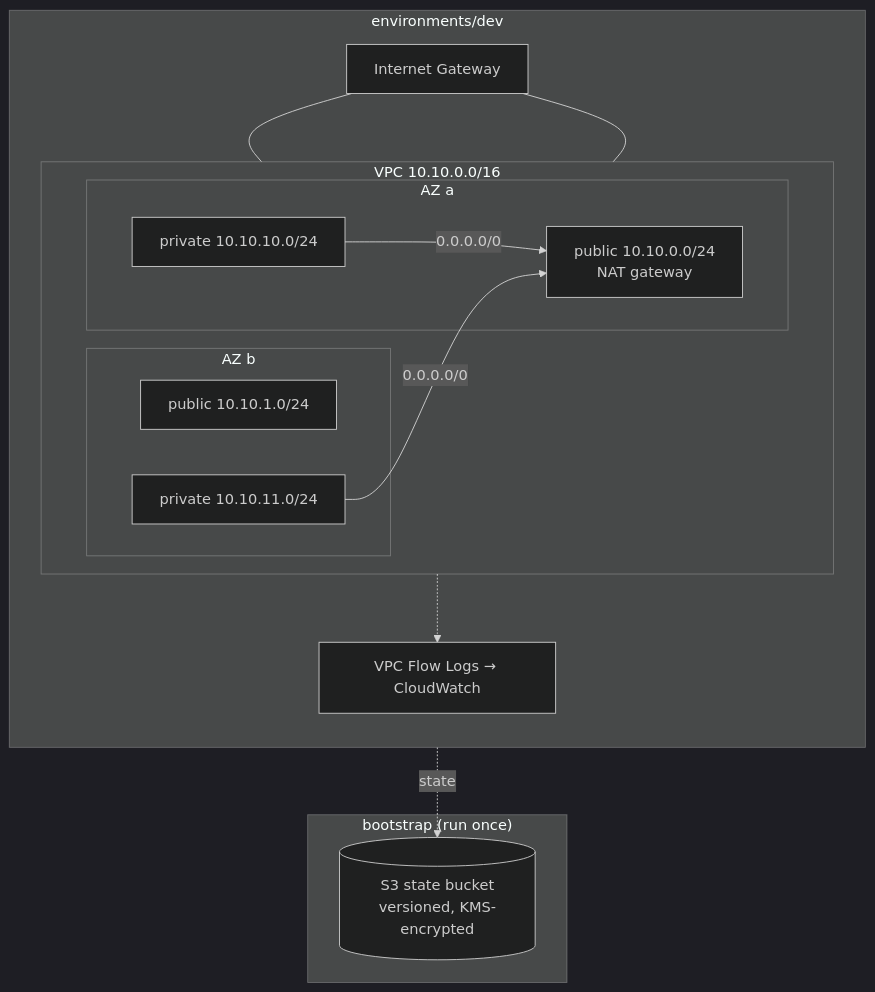
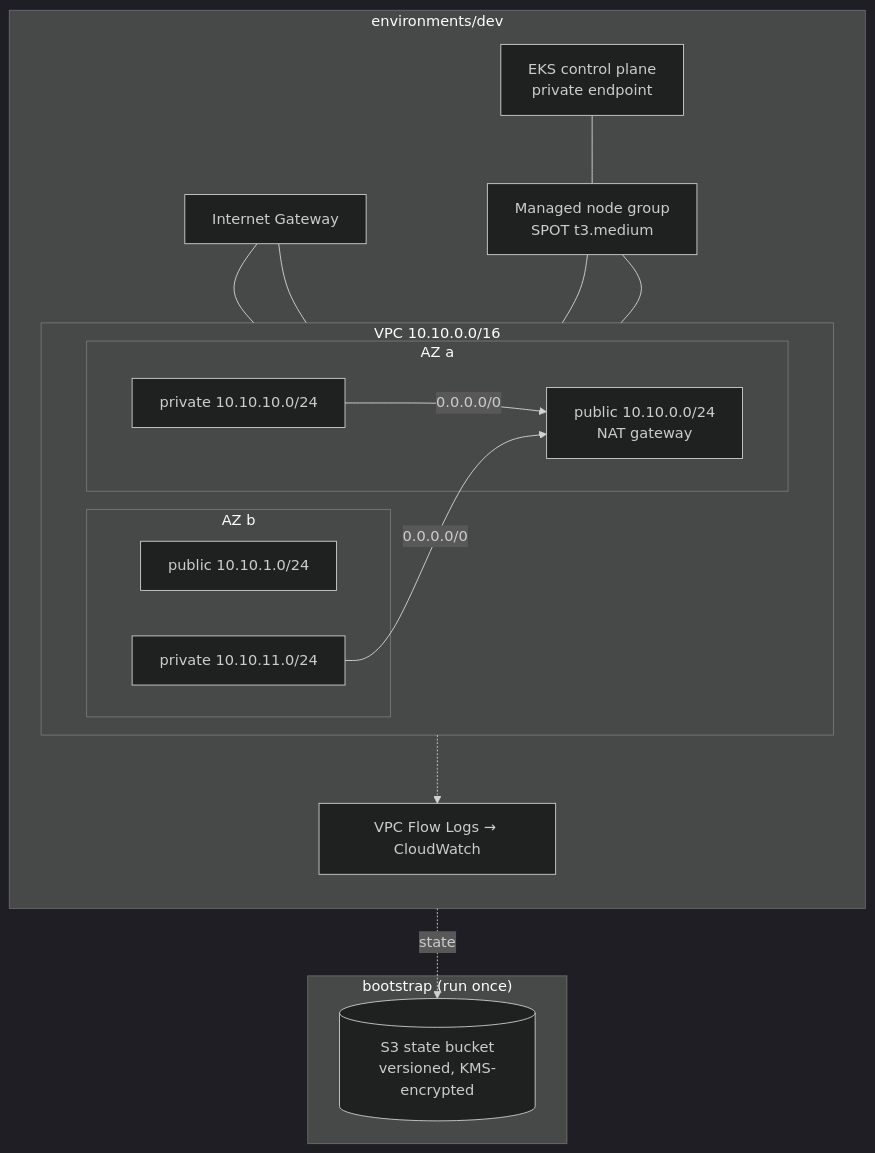
Before and after one commit to ZarthVazer/aws-terraform-infra: the diagram in README.md, drawn with Mermaid (dark theme). The commit also changed other lines of this file and 11 other files, not shown here.

Commit message:
feat(eks): add EKS module with managed node group, IRSA and KMS-encrypted secrets

````diff
--- a/README.md
+++ b/README.md
@@ -19,29 +19,33 @@
 ```mermaid
 flowchart TB
     subgraph state["bootstrap (run once)"]
         S3[(S3 state bucket<br/>versioned, KMS-encrypted)]
     end
 
     subgraph dev["environments/dev"]
         direction TB
         IGW[Internet Gateway]
         subgraph vpc["VPC 10.10.0.0/16"]
             direction LR
             subgraph azA["AZ a"]
                 PubA[public 10.10.0.0/24<br/>NAT gateway]
                 PrivA[private 10.10.10.0/24]
             end
             subgraph azB["AZ b"]
                 PubB[public 10.10.1.0/24]
                 PrivB[private 10.10.11.0/24]
             end
         end
         FL[VPC Flow Logs → CloudWatch]
+        EKS[EKS control plane<br/>private endpoint]
+        NG[Managed node group<br/>SPOT t3.medium]
     end
 
     IGW --- PubA & PubB
     PrivA -->|0.0.0.0/0| PubA
     PrivB -->|0.0.0.0/0| PubA
     vpc -.-> FL
+    EKS --- NG
+    NG --- PrivA & PrivB
     dev -. state .-> S3
 ```
````
